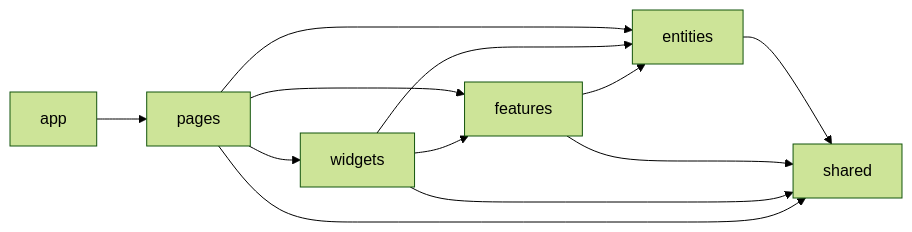
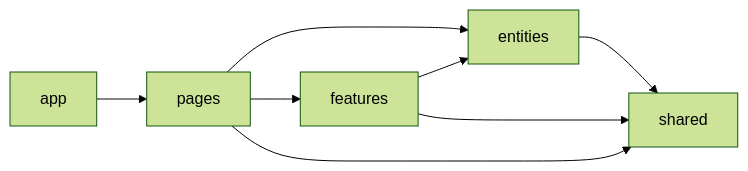
The first of 4 diagrams in docs/frontend-architecture.md (1024XEngineer/Windup), drawn with Mermaid (forest theme) before and after one commit. The commit also changed other lines of this file, not shown here.

First line of the commit message:
docs(frontend-architecture): drop widgets layer, pages compose features directly

````diff
--- a/docs/frontend-architecture.md
+++ b/docs/frontend-architecture.md
@@ -32,14 +30,10 @@
 ```mermaid
 flowchart LR
     app["app"] --> pages["pages"]
-    pages --> widgets["widgets"]
     pages --> features["features"]
     pages --> entities["entities"]
-    widgets --> features
-    widgets --> entities
     features --> entities
     entities --> shared["shared"]
     features --> shared
-    widgets --> shared
     pages --> shared
 ```
````
